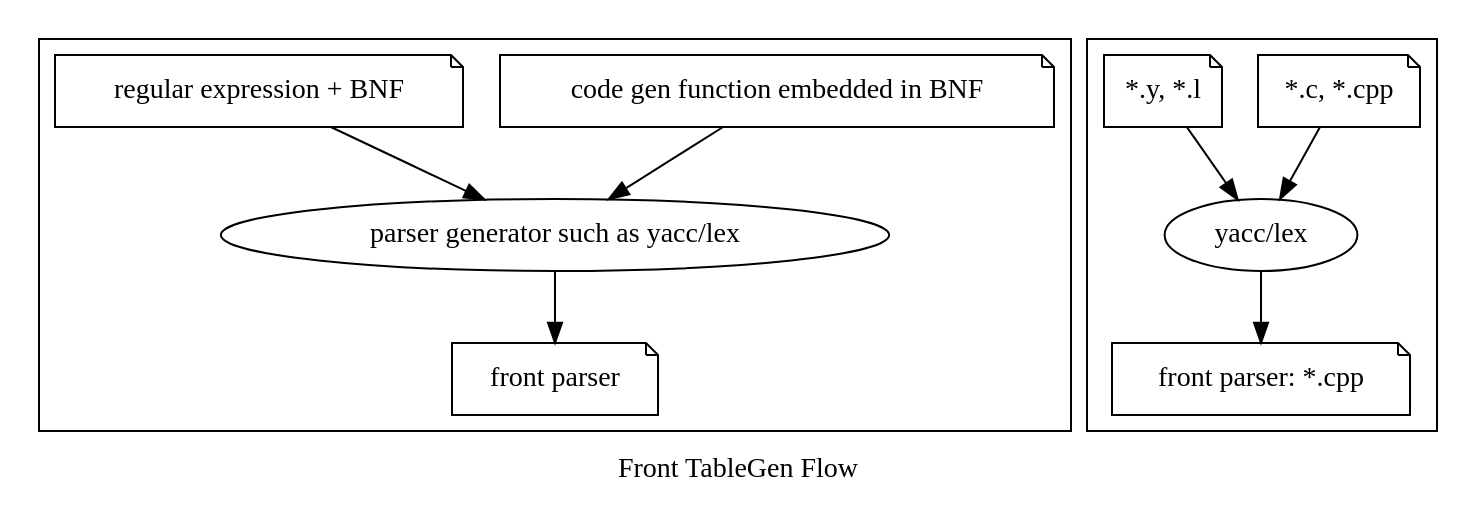
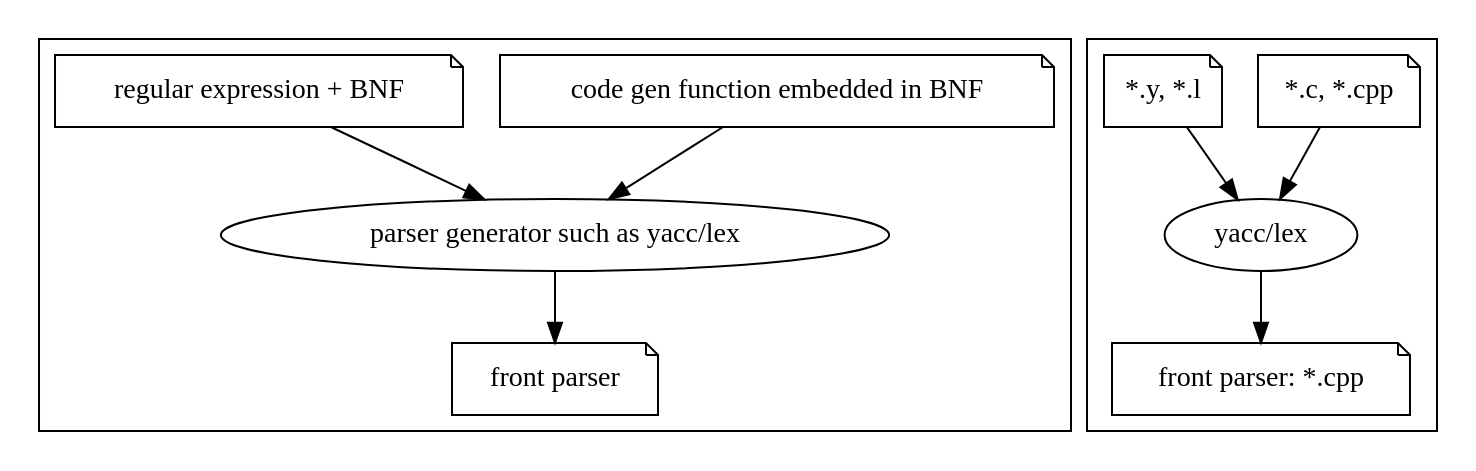
The diagram in Fig/llvmstructure/frontendTblGen.gv (Jonathan2251/lbd), drawn with Graphviz before and after one commit. The commit also changed 26 other files, not shown here.

```diff
--- a/Fig/llvmstructure/frontendTblGen.gv
+++ b/Fig/llvmstructure/frontendTblGen.gv
@@ -1,19 +1,19 @@
 digraph G {
   rankdir=TB;
   subgraph cluster_0 {
 	node [color=black]; "parser generator such as yacc/lex";
 	node [shape=note];  "code gen function embedded in BNF", "regular expression + BNF", "front parser";
 	"code gen function embedded in BNF" -> "parser generator such as yacc/lex";
 	"regular expression + BNF" -> "parser generator such as yacc/lex";
 	"parser generator such as yacc/lex" -> "front parser";
   }
   subgraph cluster_1 {
 	node [color=black]; "yacc/lex";
 	node [shape=note];  "*.c, *.cpp", "*.y, *.l", "front parser: *.cpp";
 	"*.c, *.cpp" -> "yacc/lex";
 	"*.y, *.l" -> "yacc/lex";
 	"yacc/lex" -> "front parser: *.cpp";
   }
-  label = "Front TableGen Flow";
+//  label = "Front TableGen Flow";
 
 }
```
